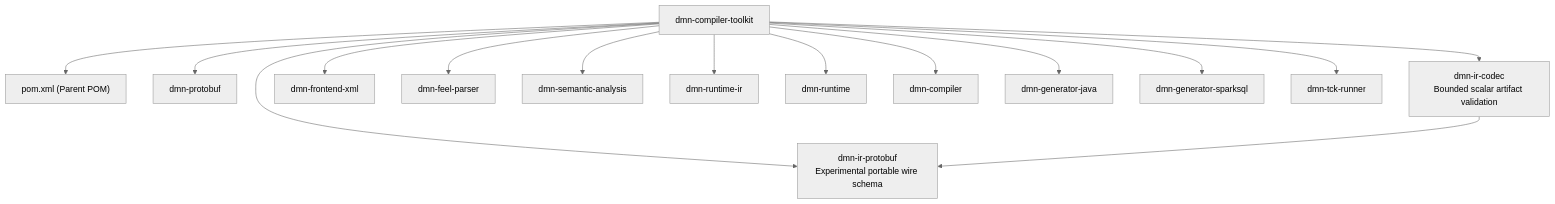
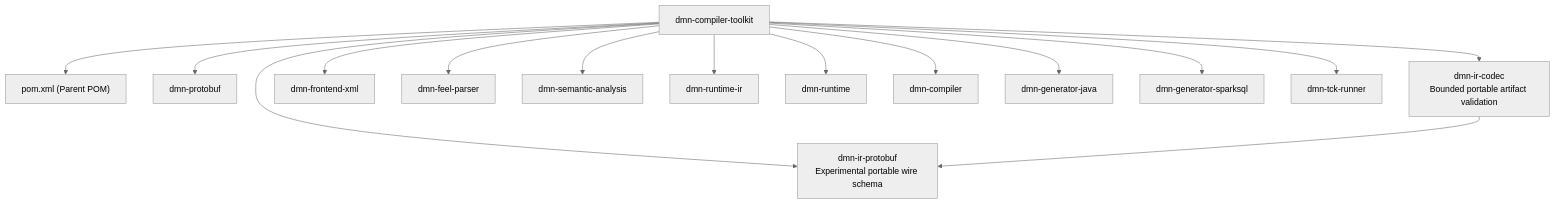
One commit to finmsg-io/dmn-compiler-toolkit changed the diagram in docs/architecture/chapters/07-Maven Modules.md. Above: the diagram before and after it, drawn with Mermaid. The commit also changed other lines of this file and 22 other files, not shown here.

````diff
--- a/docs/architecture/chapters/07-Maven Modules.md
+++ b/docs/architecture/chapters/07-Maven Modules.md
@@ -24,18 +24,18 @@
 ```mermaid
 %%{init: {'theme':'neutral'}}%%
 flowchart TD
     Root["dmn-compiler-toolkit"] --> Pom["pom.xml (Parent POM)"]
     Root --> Proto["dmn-protobuf"]
     Root --> Portable["dmn-ir-protobuf<br/>Experimental portable wire schema"]
-    Root --> Codec["dmn-ir-codec<br/>Bounded scalar artifact validation"]
+    Root --> Codec["dmn-ir-codec<br/>Bounded portable artifact validation"]
     Codec --> Portable
     Root --> Front["dmn-frontend-xml"]
     Root --> Feel["dmn-feel-parser"]
     Root --> Sem["dmn-semantic-analysis"]
     Root --> IR["dmn-runtime-ir"]
     Root --> Runtime["dmn-runtime"]
     Root --> Comp["dmn-compiler"]
     Root --> JavaGen["dmn-generator-java"]
     Root --> SparkGen["dmn-generator-sparksql"]
     Root --> TCK["dmn-tck-runner"]
 ```
````
